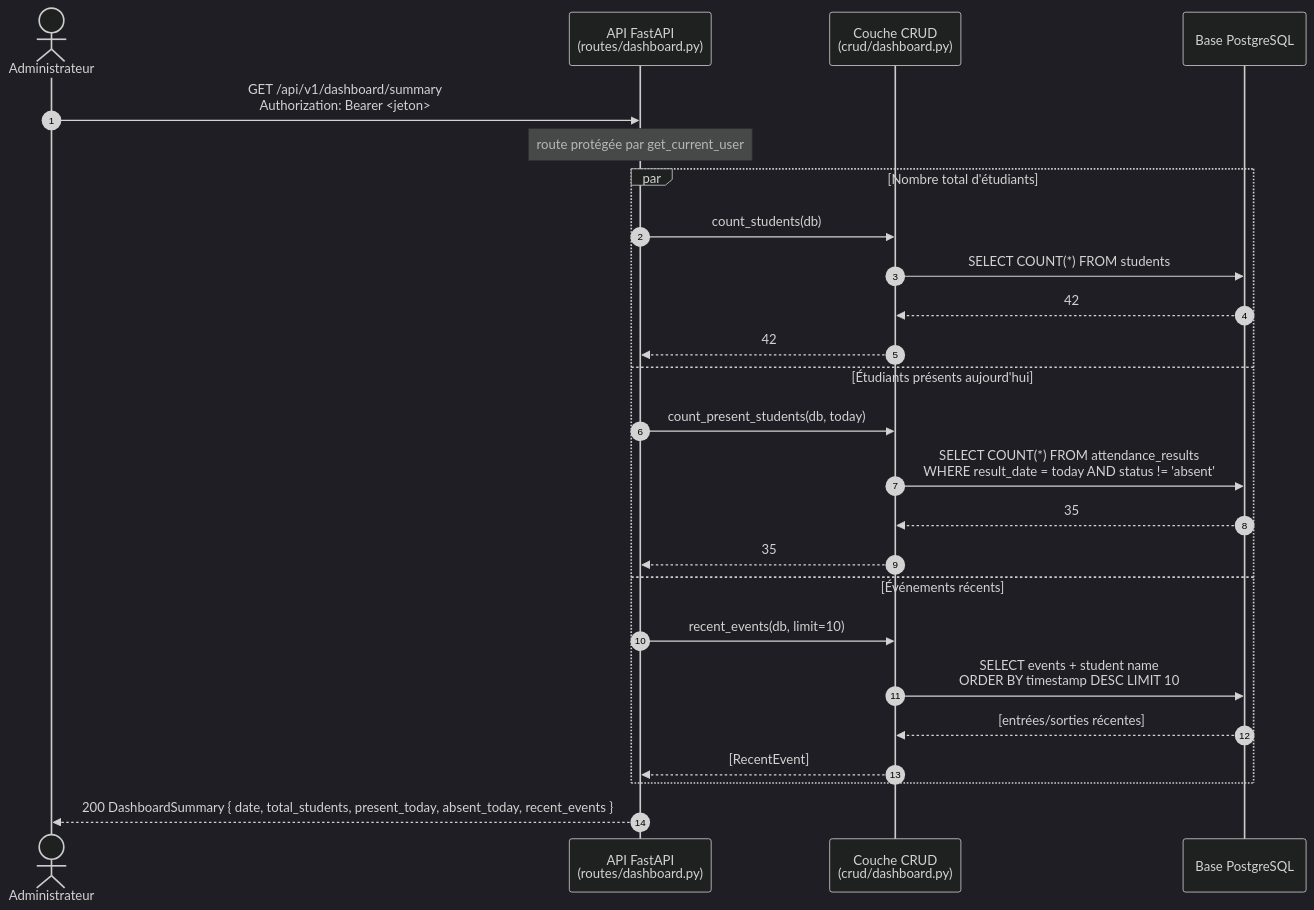
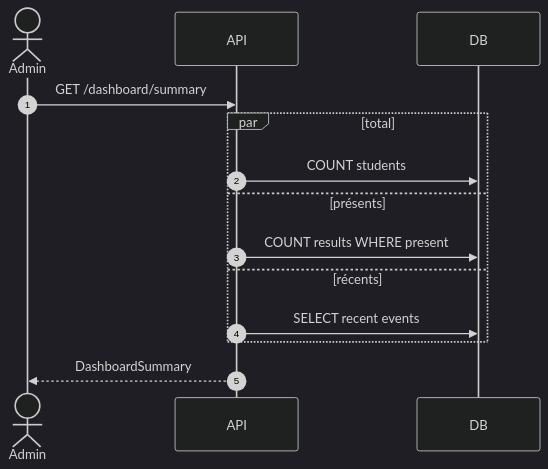
Before and after one commit to Ammar-El-Maghevry/pi-s4: the tenth of 10 diagrams in docs/diagrams/diagrammes_sequence.md, drawn with Mermaid (dark theme). The commit also changed other lines of this file and 1 other file, not shown here.

Commit message:
Simplify sequence diagrams + add Arabic description

````diff
--- a/docs/diagrams/diagrammes_sequence.md
+++ b/docs/diagrams/diagrammes_sequence.md
@@ -478,31 +235,17 @@
 ```mermaid
 sequenceDiagram
     autonumber
-    actor Client as Administrateur
-    participant API as API FastAPI<br/>(routes/dashboard.py)
-    participant CRUD as Couche CRUD<br/>(crud/dashboard.py)
-    participant DB as Base PostgreSQL
+    actor Admin
+    participant API as API
+    participant DB as DB
 
-    Client->>API: GET /api/v1/dashboard/summary<br/>Authorization: Bearer <jeton>
-
-    Note over API: route protégée par get_current_user
-
-    par Nombre total d'étudiants
-        API->>CRUD: count_students(db)
-        CRUD->>DB: SELECT COUNT(*) FROM students
-        DB-->>CRUD: 42
-        CRUD-->>API: 42
-    and Étudiants présents aujourd'hui
-        API->>CRUD: count_present_students(db, today)
-        CRUD->>DB: SELECT COUNT(*) FROM attendance_results<br/>WHERE result_date = today AND status != 'absent'
-        DB-->>CRUD: 35
-        CRUD-->>API: 35
-    and Événements récents
-        API->>CRUD: recent_events(db, limit=10)
-        CRUD->>DB: SELECT events + student name<br/>ORDER BY timestamp DESC LIMIT 10
-        DB-->>CRUD: [entrées/sorties récentes]
-        CRUD-->>API: [RecentEvent]
+    Admin->>API: GET /dashboard/summary
+    par total
+        API->>DB: COUNT students
+    and présents
+        API->>DB: COUNT results WHERE present
+    and récents
+        API->>DB: SELECT recent events
     end
-
-    API-->>Client: 200 DashboardSummary { date, total_students, present_today, absent_today, recent_events }
+    API-->>Admin: DashboardSummary
 ```
````
